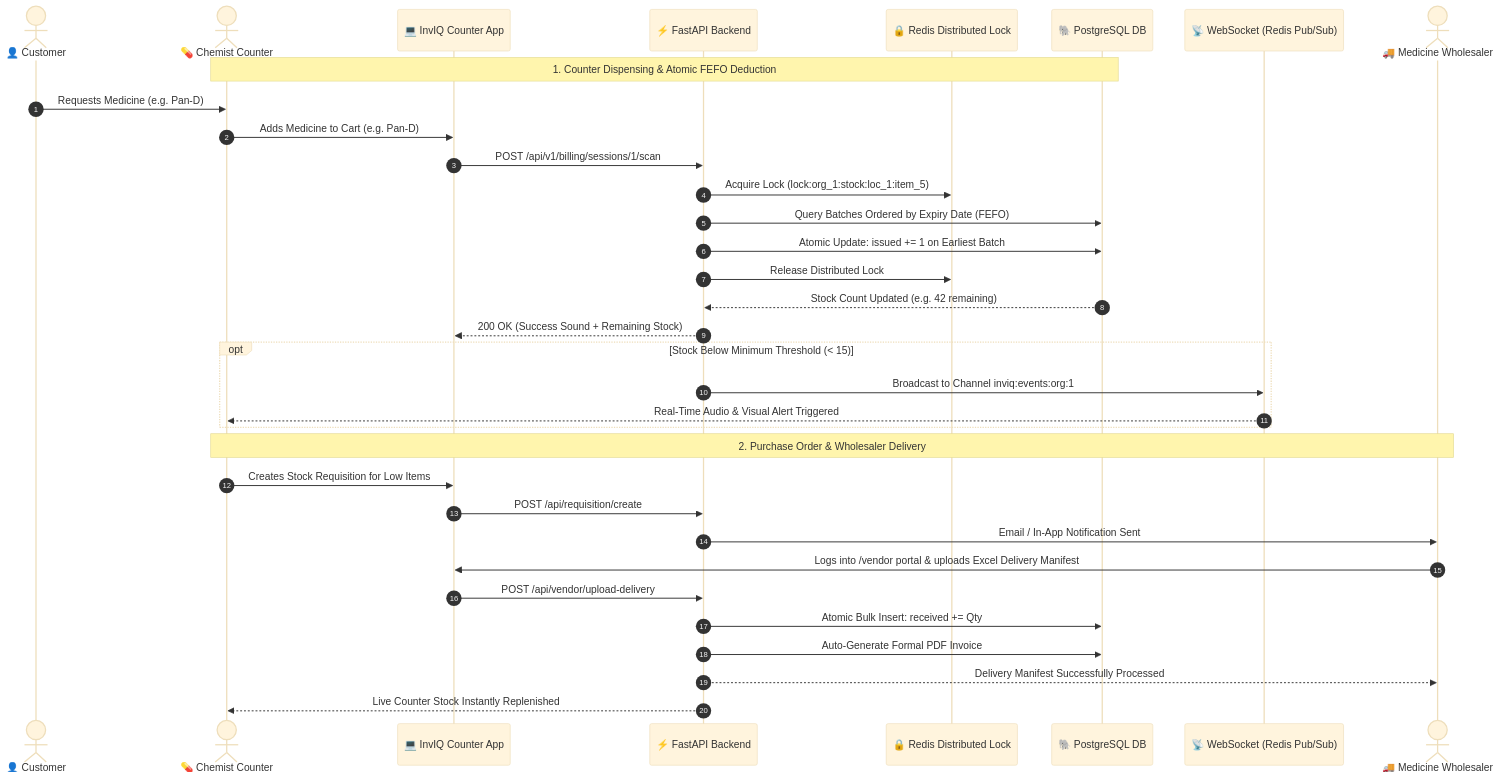
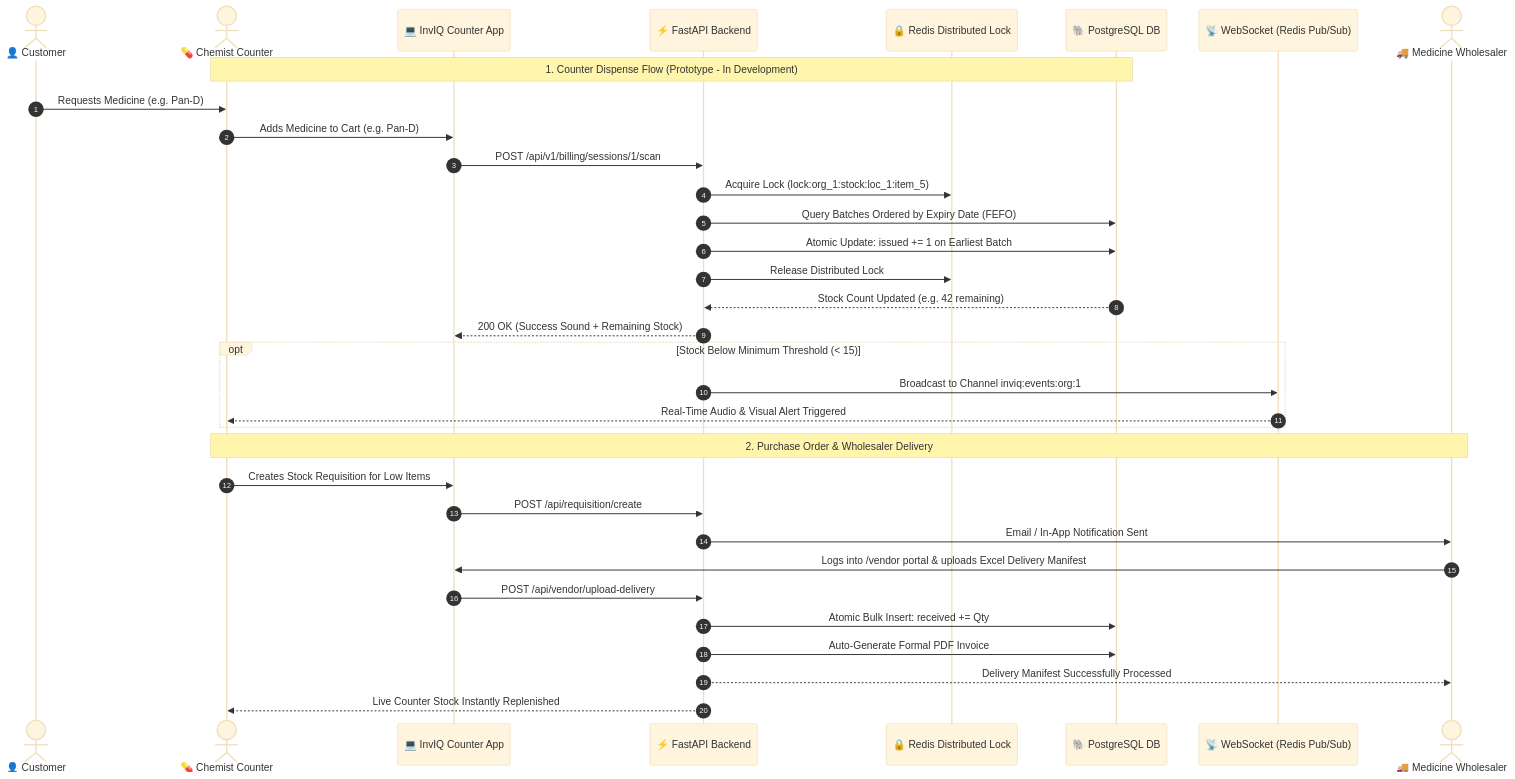
Before and after one commit to Sayandip05/InvIQ: the second of 4 diagrams in README.md, drawn with Mermaid (base theme). The commit also changed other lines of this file and 2 other files, not shown here.

Commit message:
docs(billing): clarify billing module is non-functional and in active development

````diff
--- a/README.md
+++ b/README.md
@@ -219,39 +218,39 @@
 ```mermaid
 sequenceDiagram
     autonumber
     actor Customer as 👤 Customer
     actor Chemist as 💊 Chemist Counter
     participant App as 💻 InvIQ Counter App
     participant API as ⚡ FastAPI Backend
     participant Lock as 🔒 Redis Distributed Lock
     participant DB as 🐘 PostgreSQL DB
     participant WS as 📡 WebSocket (Redis Pub/Sub)
     actor Supplier as 🚚 Medicine Wholesaler
 
-    Note over Chemist,DB: 1. Counter Dispensing & Atomic FEFO Deduction
+    Note over Chemist,DB: 1. Counter Dispense Flow (Prototype - In Development)
     Customer->>Chemist: Requests Medicine (e.g. Pan-D)
     Chemist->>App: Adds Medicine to Cart (e.g. Pan-D)
     App->>API: POST /api/v1/billing/sessions/1/scan
     API->>Lock: Acquire Lock (lock:org_1:stock:loc_1:item_5)
     API->>DB: Query Batches Ordered by Expiry Date (FEFO)
     API->>DB: Atomic Update: issued += 1 on Earliest Batch
     API->>Lock: Release Distributed Lock
     DB-->>API: Stock Count Updated (e.g. 42 remaining)
     API-->>App: 200 OK (Success Sound + Remaining Stock)
     
     opt Stock Below Minimum Threshold (< 15)
         API->>WS: Broadcast to Channel inviq:events:org:1
         WS-->>Chemist: Real-Time Audio & Visual Alert Triggered
     end
 
     Note over Chemist,Supplier: 2. Purchase Order & Wholesaler Delivery
     Chemist->>App: Creates Stock Requisition for Low Items
     App->>API: POST /api/requisition/create
     API->>Supplier: Email / In-App Notification Sent
     Supplier->>App: Logs into /vendor portal & uploads Excel Delivery Manifest
     App->>API: POST /api/vendor/upload-delivery
     API->>DB: Atomic Bulk Insert: received += Qty
     API->>DB: Auto-Generate Formal PDF Invoice
     API-->>Supplier: Delivery Manifest Successfully Processed
     API-->>Chemist: Live Counter Stock Instantly Replenished
 ```
````
